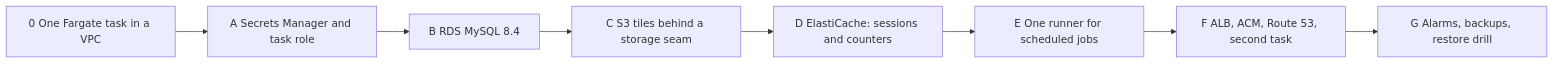
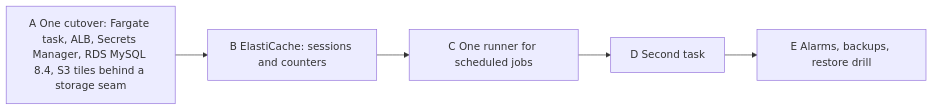
One commit to Sriram-Codes-SW/secure-doc-viewer changed the fifth of 5 diagrams in book/part-7-cloud/41-aws-operations.md. Above: the diagram before and after it, drawn with Mermaid. The commit also changed other lines of this file and 59 other files, not shown here.

Commit message:
Book: round 2 fixes (Ch 40/41 trim and Figure 41.5, wide diagrams, glossary bolding, star labels, EPUB metadata, contrast theme)

````diff
--- a/book/part-7-cloud/41-aws-operations.md
+++ b/book/part-7-cloud/41-aws-operations.md
@@ -343,9 +341,7 @@
 ```mermaid
 flowchart LR
-    Z["0 One Fargate task in a VPC"] --> A["A Secrets Manager and task role"] --> B["B RDS MySQL 8.4"]
-    B --> C["C S3 tiles behind a storage seam"]
-    C --> D["D ElastiCache: sessions and counters"]
-    D --> E["E One runner for scheduled jobs"]
-    E --> F["F ALB, ACM, Route 53, second task"]
-    F --> G["G Alarms, backups, restore drill"]
+    A["A One cutover: Fargate task, ALB, Secrets Manager, RDS MySQL 8.4, S3 tiles behind a storage seam"] --> B["B ElastiCache: sessions and counters"]
+    B --> C["C One runner for scheduled jobs"]
+    C --> D["D Second task"]
+    D --> E["E Alarms, backups, restore drill"]
 ```
````
